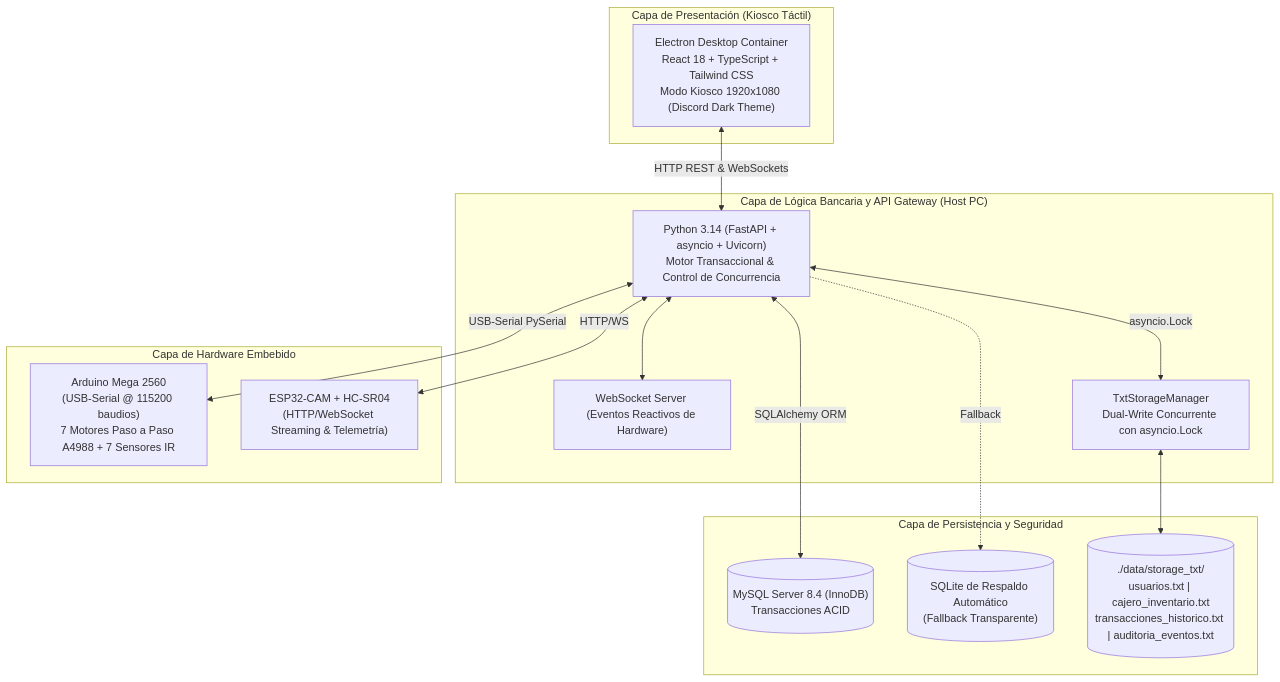
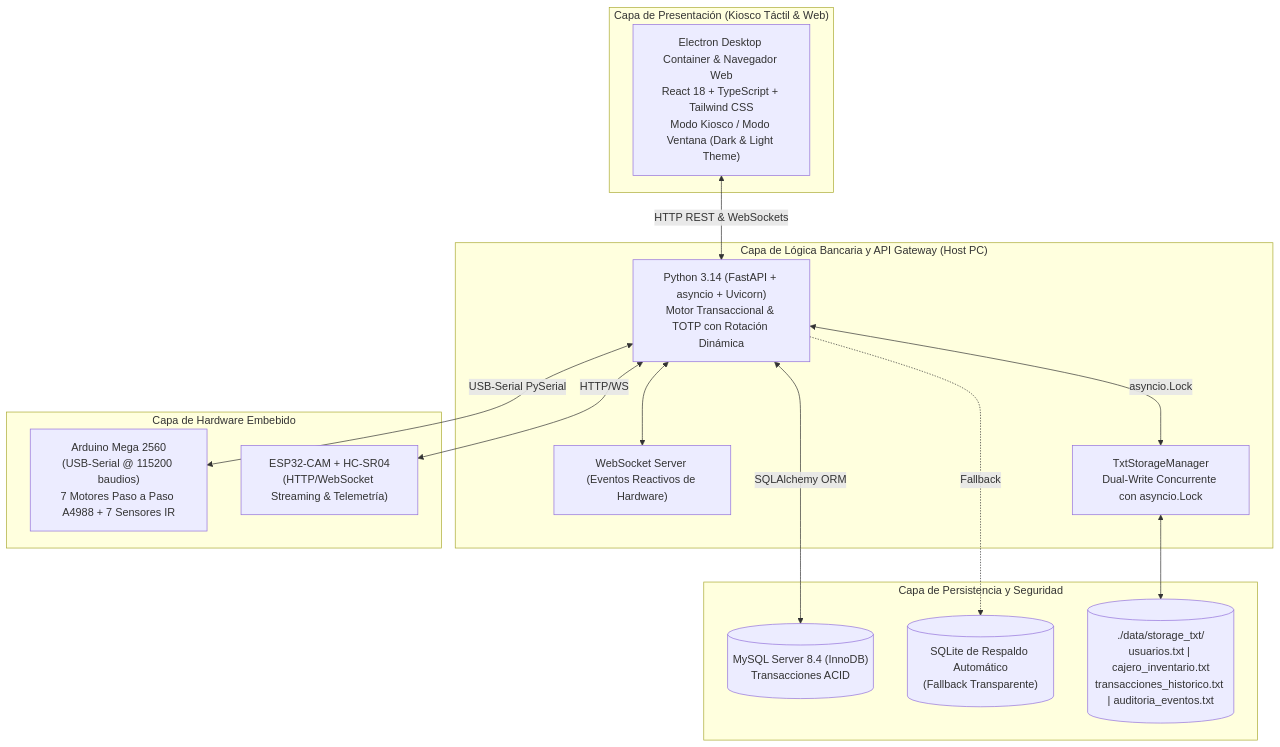
One commit to JotaProgra4119r/Sistema-De-Cajero changed the diagram in docs/MANUAL_TECNICO.md. Above: the diagram before and after it, drawn with Mermaid. The commit also changed other lines of this file and 5 other files, not shown here.

````diff
--- a/docs/MANUAL_TECNICO.md
+++ b/docs/MANUAL_TECNICO.md
@@ -11,32 +22,32 @@
 ```mermaid
 graph TD
-    subgraph "Capa de Presentación (Kiosco Táctil)"
-        UI["Electron Desktop Container\nReact 18 + TypeScript + Tailwind CSS\nModo Kiosco 1920x1080 (Discord Dark Theme)"]
+    subgraph "Capa de Presentación (Kiosco Táctil & Web)"
+        UI["Electron Desktop Container & Navegador Web\nReact 18 + TypeScript + Tailwind CSS\nModo Kiosco / Modo Ventana (Dark & Light Theme)"]
     end
 
     subgraph "Capa de Lógica Bancaria y API Gateway (Host PC)"
-        FastAPI["Python 3.14 (FastAPI + asyncio + Uvicorn)\nMotor Transaccional & Control de Concurrencia"]
+        FastAPI["Python 3.14 (FastAPI + asyncio + Uvicorn)\nMotor Transaccional & TOTP con Rotación Dinámica"]
         WS["WebSocket Server (Eventos Reactivos de Hardware)"]
         TxtManager["TxtStorageManager\nDual-Write Concurrente con asyncio.Lock"]
     end
 
     subgraph "Capa de Persistencia y Seguridad"
         MySQL[("MySQL Server 8.4 (InnoDB)\nTransacciones ACID")]
         SQLite[("SQLite de Respaldo Automático\n(Fallback Transparente)")]
         TxtFiles[("./data/storage_txt/\nusuarios.txt | cajero_inventario.txt\ntransacciones_historico.txt | auditoria_eventos.txt")]
     end
 
     subgraph "Capa de Hardware Embebido"
         Arduino["Arduino Mega 2560\n(USB-Serial @ 115200 baudios)\n7 Motores Paso a Paso A4988 + 7 Sensores IR"]
         ESP32["ESP32-CAM + HC-SR04\n(HTTP/WebSocket Streaming & Telemetría)"]
     end
 
     UI <-->|HTTP REST & WebSockets| FastAPI
     FastAPI <--> WS
     FastAPI <-->|SQLAlchemy ORM| MySQL
     FastAPI -.->|Fallback| SQLite
     FastAPI <-->|asyncio.Lock| TxtManager
     TxtManager <--> TxtFiles
     FastAPI <-->|USB-Serial PySerial| Arduino
     FastAPI <-->|HTTP/WS| ESP32
 ```
````
